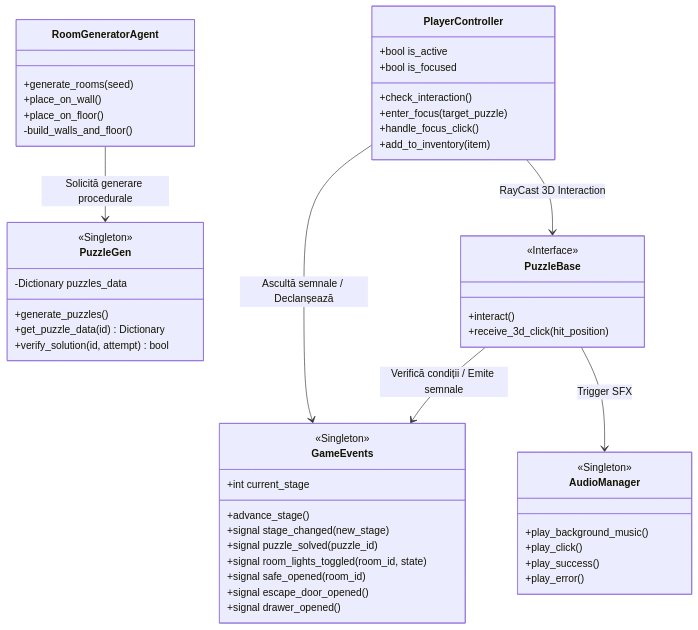
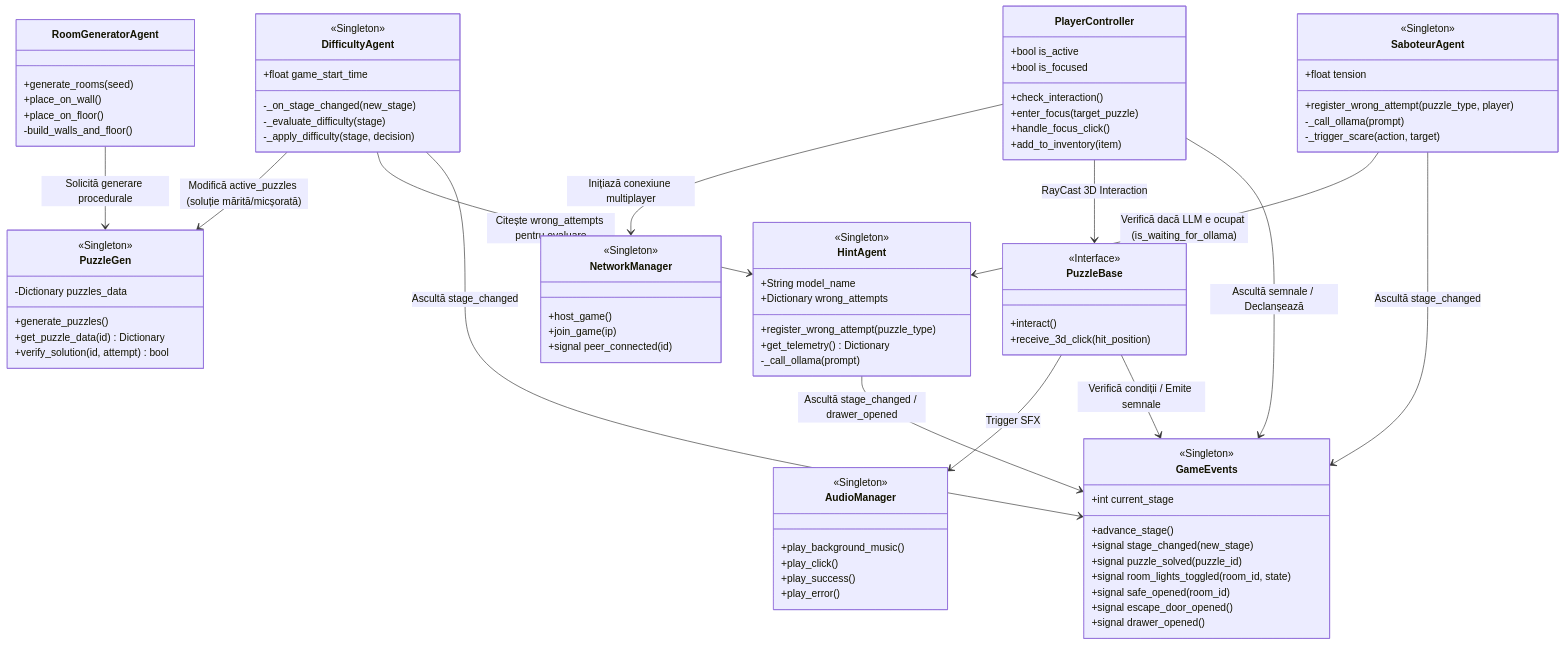
One commit to neica200/Echo-Chamber-Coop changed the first of 3 diagrams in diagrame_arhitectura.md. Above: the diagram before and after it, drawn with Mermaid. The commit also changed other lines of this file and 2 other files, not shown here.

Commit message:
update diagrams

````diff
--- a/diagrame_arhitectura.md
+++ b/diagrame_arhitectura.md
@@ -33,6 +33,13 @@
         +play_error()
     }
 
+    class NetworkManager {
+        <<Singleton>>
+        +host_game()
+        +join_game(ip)
+        +signal peer_connected(id)
+    }
+
     class RoomGeneratorAgent {
         +generate_rooms(seed)
         +place_on_wall()
@@ -55,9 +62,43 @@
         +receive_3d_click(hit_position)
     }
 
+    class HintAgent {
+        <<Singleton>>
+        +String model_name
+        +Dictionary wrong_attempts
+        +register_wrong_attempt(puzzle_type)
+        +get_telemetry() Dictionary
+        -_call_ollama(prompt)
+    }
+
+    class SaboteurAgent {
+        <<Singleton>>
+        +float tension
+        +register_wrong_attempt(puzzle_type, player)
+        -_call_ollama(prompt)
+        -_trigger_scare(action, target)
+    }
+
+    class DifficultyAgent {
+        <<Singleton>>
+        +float game_start_time
+        -_on_stage_changed(new_stage)
+        -_evaluate_difficulty(stage)
+        -_apply_difficulty(stage, decision)
+    }
+
     RoomGeneratorAgent --> PuzzleGen : Solicită generare procedurale
     PlayerController --> GameEvents : Ascultă semnale / Declanșează
     PlayerController --> PuzzleBase : RayCast 3D Interaction
     PuzzleBase --> GameEvents : Verifică condiții / Emite semnale
     PuzzleBase --> AudioManager : Trigger SFX
+
+    HintAgent --> GameEvents : Ascultă stage_changed / drawer_opened
+    SaboteurAgent --> GameEvents : Ascultă stage_changed
+    DifficultyAgent --> GameEvents : Ascultă stage_changed
+
+    SaboteurAgent --> HintAgent : Verifică dacă LLM e ocupat (is_waiting_for_ollama)
+    DifficultyAgent --> HintAgent : Citește wrong_attempts pentru evaluare
+    DifficultyAgent --> PuzzleGen : Modifică active_puzzles (soluție mărită/micșorată)
+    PlayerController --> NetworkManager : Inițiază conexiune multiplayer
 ```
````
